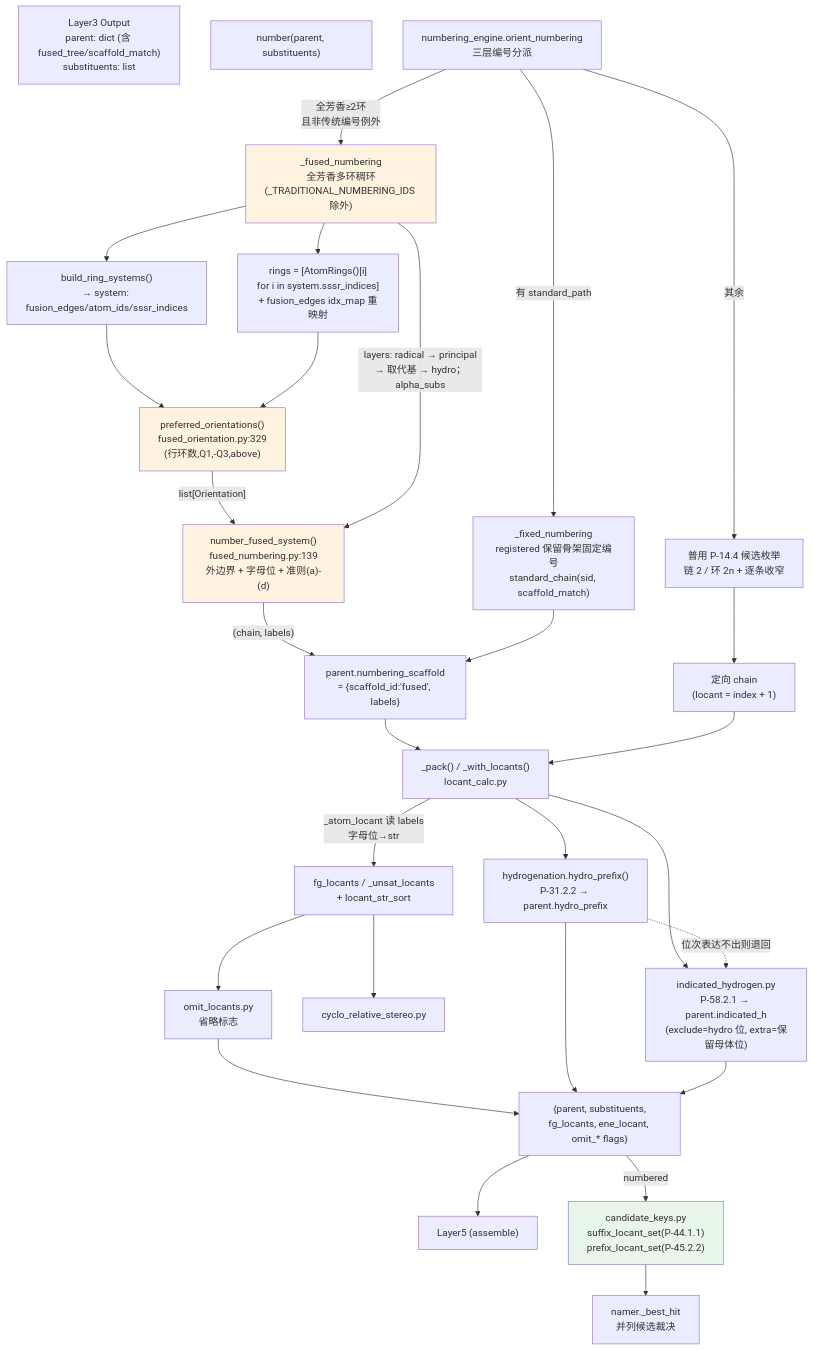
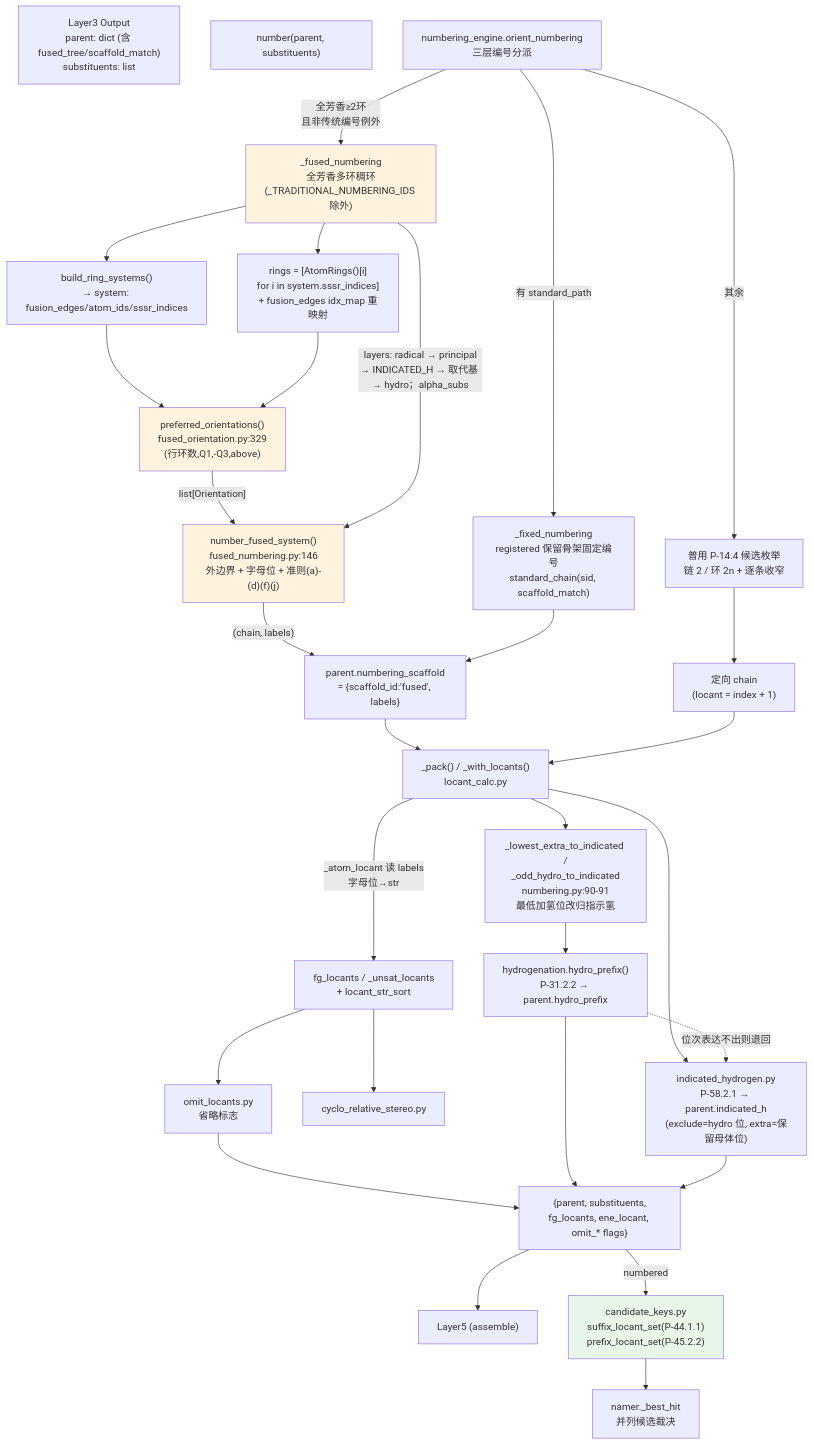
Before and after one commit to zouxiaofei1/OpenSMILES: the diagram in docs/wiki/architecture/layer4-numbering.md, drawn with Mermaid. The commit also changed other lines of this file and 24 other files, not shown here.

````diff
--- a/docs/wiki/architecture/layer4-numbering.md
+++ b/docs/wiki/architecture/layer4-numbering.md
@@ -302,45 +308,46 @@
 ```mermaid
 flowchart TD
     L3["Layer3 Output<br/>parent: dict (含 fused_tree/scaffold_match)<br/>substituents: list"]
     NUM["number(parent, substituents)"]
     ORIENT["numbering_engine.orient_numbering<br/>三层编号分派"]
 
     LEFT["_fixed_numbering<br/>registered 保留骨架固定编号<br/>standard_chain(sid, scaffold_match)"]
     FUSED["_fused_numbering<br/>全芳香多环稠环<br/>(_TRADITIONAL_NUMBERING_IDS 除外)"]
     GEN["普用 P-14.4 候选枚举<br/>链 2 / 环 2n + 逐条收窄"]
 
     ORIENT -->|"有 standard_path"| LEFT
     ORIENT -->|"全芳香≥2环<br/>且非传统编号例外"| FUSED
     ORIENT -->|"其余"| GEN
 
     FUSED --> BRS["build_ring_systems()<br/>→ system: fusion_edges/atom_ids/sssr_indices"]
     FUSED --> RINGS["rings = [AtomRings()[i]<br/>for i in system.sssr_indices]<br/>+ fusion_edges idx_map 重映射"]
     BRS --> ORIENT2["preferred_orientations()<br/>fused_orientation.py:329<br/>(行环数,Q1,-Q3,above)"]
     RINGS --> ORIENT2
-    ORIENT2 -->|"list[Orientation]"| NF["number_fused_system()<br/>fused_numbering.py:139<br/>外边界 + 字母位 + 准则(a)-(d)"]
-    FUSED -->|"layers: radical → principal<br/>→ 取代基 → hydro；alpha_subs"| NF
+    ORIENT2 -->|"list[Orientation]"| NF["number_fused_system()<br/>fused_numbering.py:146<br/>外边界 + 字母位 + 准则(a)-(d)(f)(j)"]
+    FUSED -->|"layers: radical → principal<br/>→ INDICATED_H → 取代基 → hydro；alpha_subs"| NF
     NF -->|"(chain, labels)"| SCAFF["parent.numbering_scaffold<br/>= {scaffold_id:'fused', labels}"]
     LEFT --> SCAFF
 
     SCAFF --> PACK["_pack() / _with_locants()<br/>locant_calc.py"]
     PACK -->|"_atom_locant 读 labels<br/>字母位→str"| LOCS["fg_locants / _unsat_locants<br/>+ locant_str_sort"]
     LOCS --> OMIT["omit_locants.py<br/>省略标志"]
     LOCS --> STEREO["cyclo_relative_stereo.py"]
-    PACK --> HY["hydrogenation.hydro_prefix()<br/>P-31.2.2 → parent.hydro_prefix"]
+    PACK --> HFIX["_lowest_extra_to_indicated /<br/>_odd_hydro_to_indicated<br/>numbering.py:90-91<br/>最低加氢位改归指示氢"]
+    HFIX --> HY["hydrogenation.hydro_prefix()<br/>P-31.2.2 → parent.hydro_prefix"]
     PACK --> IH["indicated_hydrogen.py<br/>P-58.2.1 → parent.indicated_h<br/>(exclude=hydro 位, extra=保留母体位)"]
     HY -.->|"位次表达不出则退回"| IH
     OMIT --> OUT["{parent, substituents,<br/>fg_locants, ene_locant, omit_* flags}"]
     HY --> OUT
     IH --> OUT
     OUT --> L5["Layer5 (assemble)"]
 
     OUT -->|"numbered"| CK["candidate_keys.py<br/>suffix_locant_set(P-44.1.1)<br/>prefix_locant_set(P-45.2.2)"]
     CK --> NAMER["namer._best_hit<br/>并列候选裁决"]
 
     GEN --> CHAIN["定向 chain<br/>(locant = index + 1)"]
     CHAIN --> PACK
     style FUSED fill:#fff3e0
     style NF fill:#fff3e0
     style ORIENT2 fill:#fff3e0
     style CK fill:#e8f5e9
 ```
````
